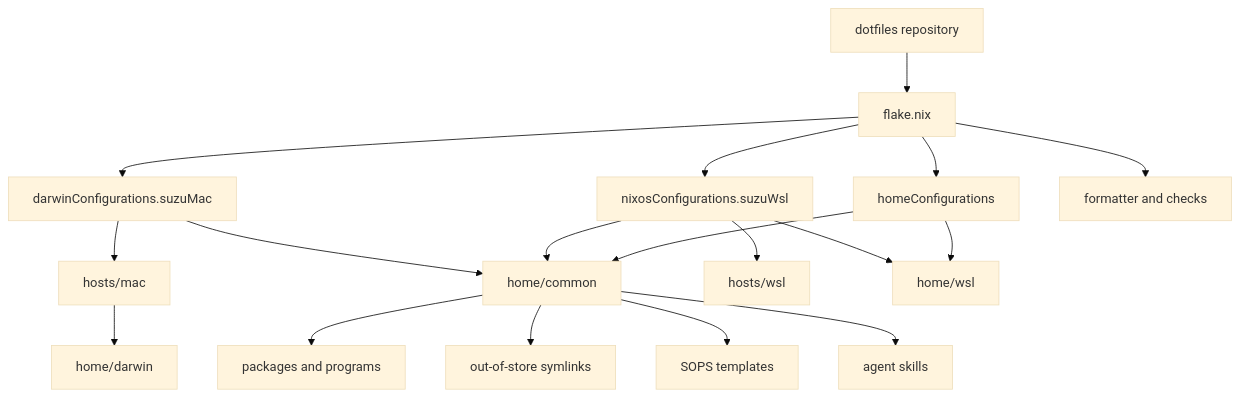
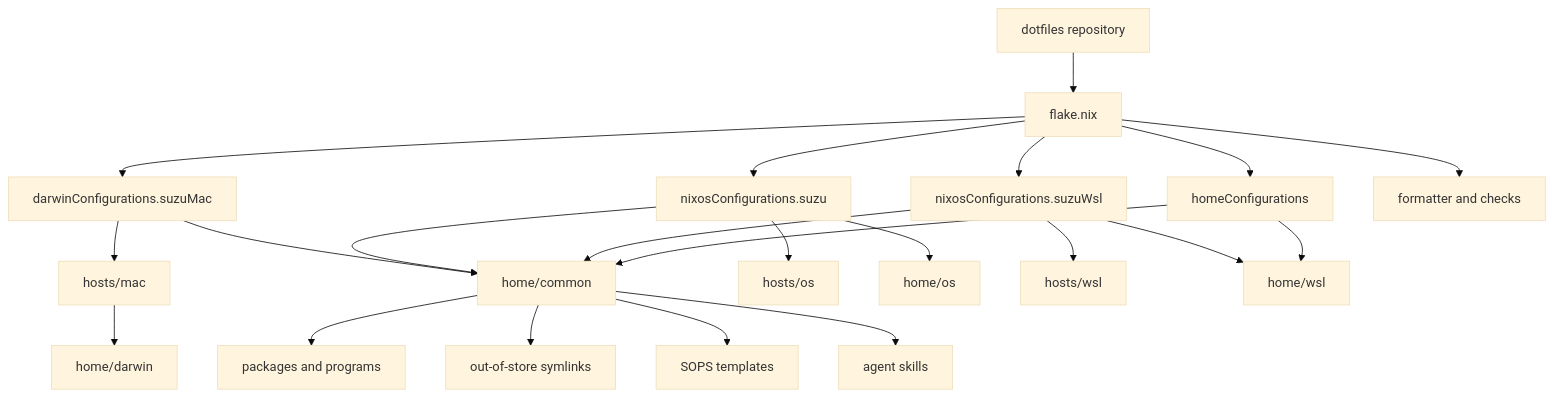
The diagram in docs/architecture.md (suzuuuuu09/dotfiles), drawn with Mermaid (base theme) before and after one commit. The commit also changed other lines of this file and 10 other files, not shown here.

````diff
--- a/docs/architecture.md
+++ b/docs/architecture.md
@@ -9,23 +9,28 @@
 ```mermaid
 flowchart TD
   Repo[dotfiles repository] --> Flake[flake.nix]
   Flake --> Darwin[darwinConfigurations.suzuMac]
+  Flake --> NixOS[nixosConfigurations.suzu]
   Flake --> WSL[nixosConfigurations.suzuWsl]
   Flake --> StandaloneHM[homeConfigurations]
   Flake --> Checks[formatter and checks]
 
   Darwin --> MacHost[hosts/mac]
   MacHost --> DarwinSystem[home/darwin]
   Darwin --> CommonHome[home/common]
+
+  NixOS --> OSHost[hosts/os]
+  NixOS --> OSHome[home/os]
+  NixOS --> CommonHome
 
   WSL --> WSLHost[hosts/wsl]
   WSL --> WSLHome[home/wsl]
   WSL --> CommonHome
   StandaloneHM --> WSLHome
   StandaloneHM --> CommonHome
 
   CommonHome --> Packages[packages and programs]
   CommonHome --> Links[out-of-store symlinks]
   CommonHome --> Secrets[SOPS templates]
   CommonHome --> AgentSkills[agent skills]
 ```
````
